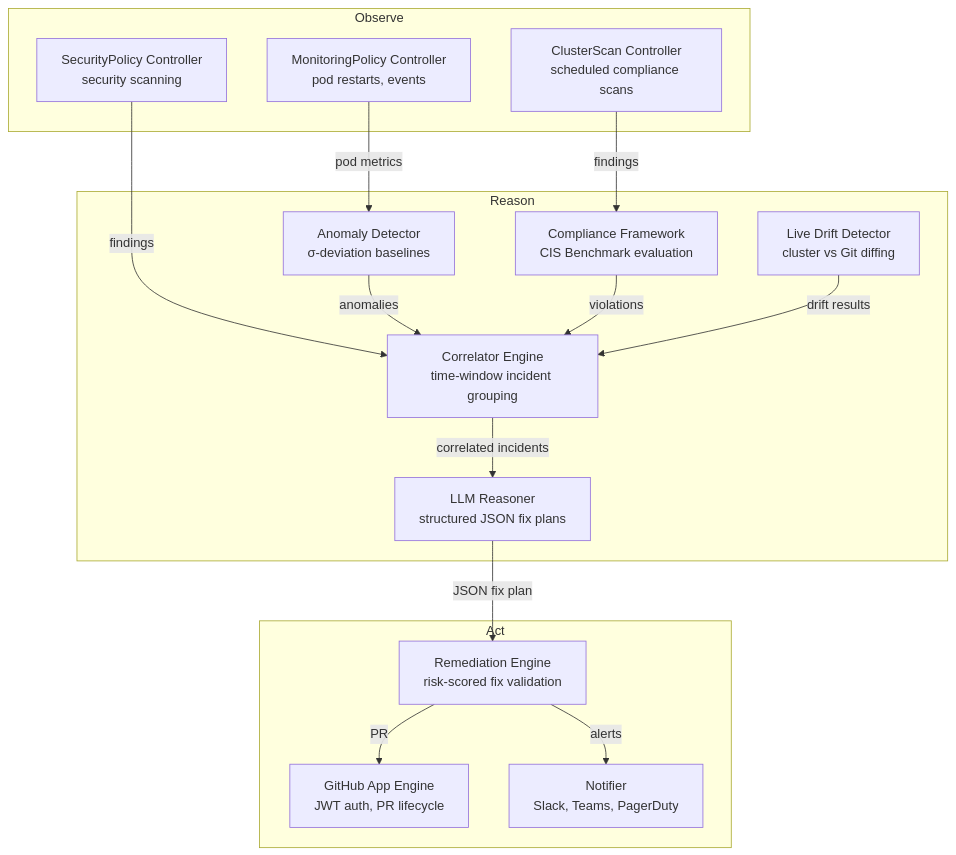
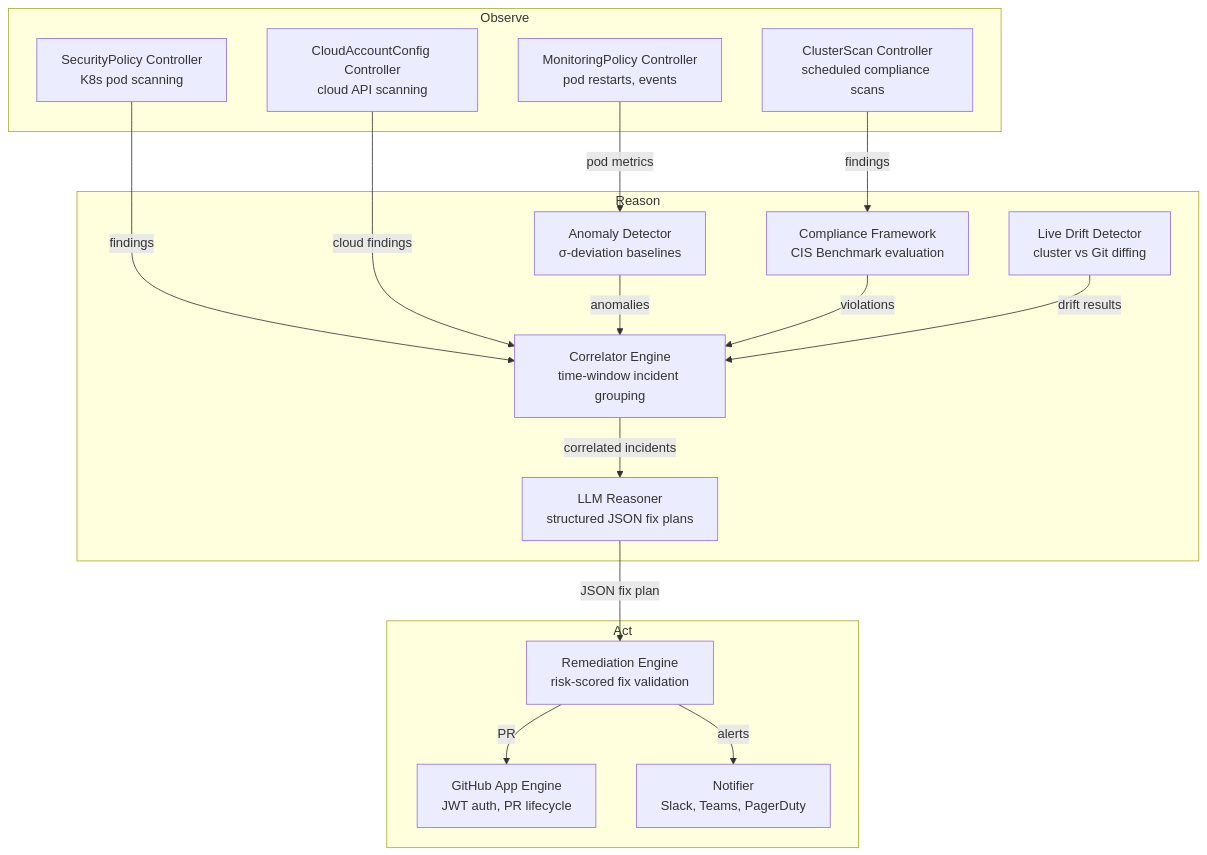
The diagram in AGENTS.md (aotanami/aotanami), drawn with Mermaid before and after one commit. The commit also changed other lines of this file and 92 other files, not shown here.

First line of the commit message:
feat: add multi-cloud security scanning with 48 AWS checks across 6 CNAPP categories

````diff
--- a/AGENTS.md
+++ b/AGENTS.md
@@ -9,35 +9,37 @@
 ```mermaid
 graph TB
     subgraph "Observe"
-        SC["SecurityPolicy Controller<br/>security scanning"]
+        SC["SecurityPolicy Controller<br/>K8s pod scanning"]
         MC["MonitoringPolicy Controller<br/>pod restarts, events"]
         CS["ClusterScan Controller<br/>scheduled compliance scans"]
+        CA["CloudAccountConfig Controller<br/>cloud API scanning"]
     end
 
     subgraph "Reason"
         AD["Anomaly Detector<br/>σ-deviation baselines"]
         CE["Correlator Engine<br/>time-window incident grouping"]
         CF["Compliance Framework<br/>CIS Benchmark evaluation"]
         LD["Live Drift Detector<br/>cluster vs Git diffing"]
         LLM["LLM Reasoner<br/>structured JSON fix plans"]
     end
 
     subgraph "Act"
         RE["Remediation Engine<br/>risk-scored fix validation"]
         GH["GitHub App Engine<br/>JWT auth, PR lifecycle"]
         NF["Notifier<br/>Slack, Teams, PagerDuty"]
     end
 
     SC -->|findings| CE
+    CA -->|cloud findings| CE
     MC -->|pod metrics| AD
     AD -->|anomalies| CE
     CS -->|findings| CF
     CF -->|violations| CE
 
     CE -->|correlated incidents| LLM
     LD -->|drift results| CE
 
     LLM -->|JSON fix plan| RE
     RE -->|PR| GH
     RE -->|alerts| NF
 ```
````
